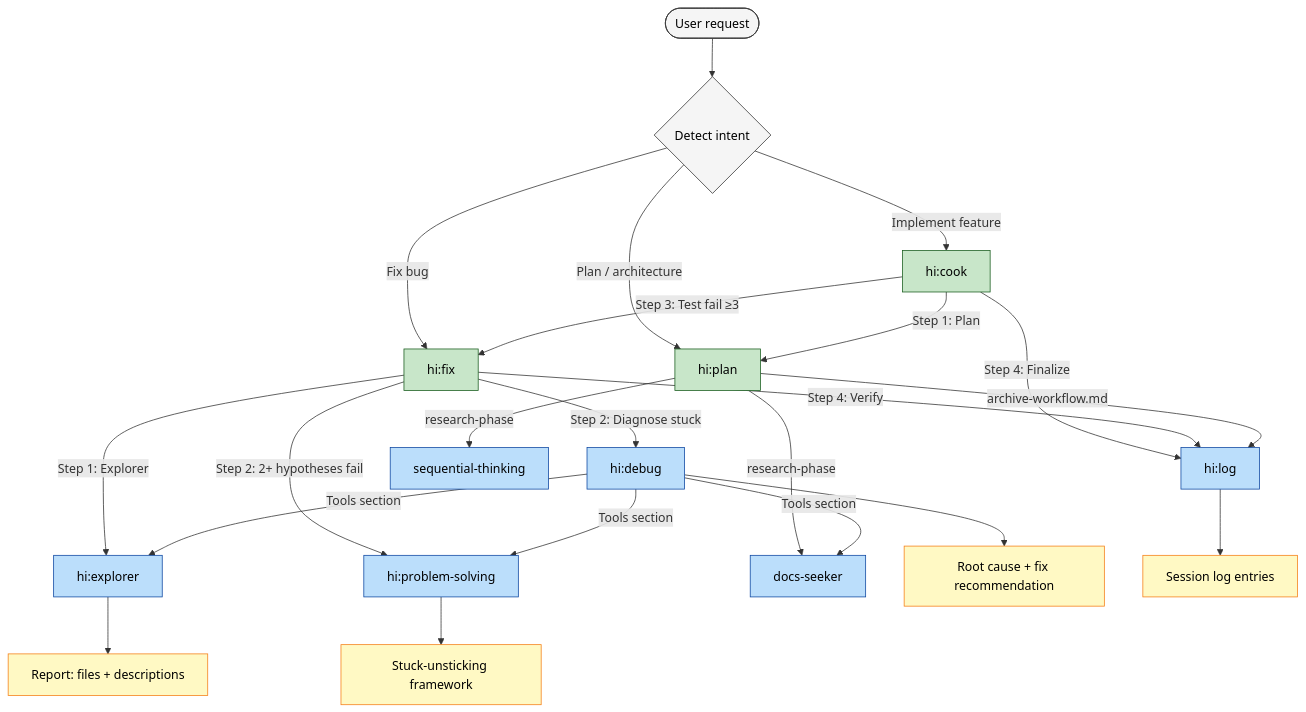
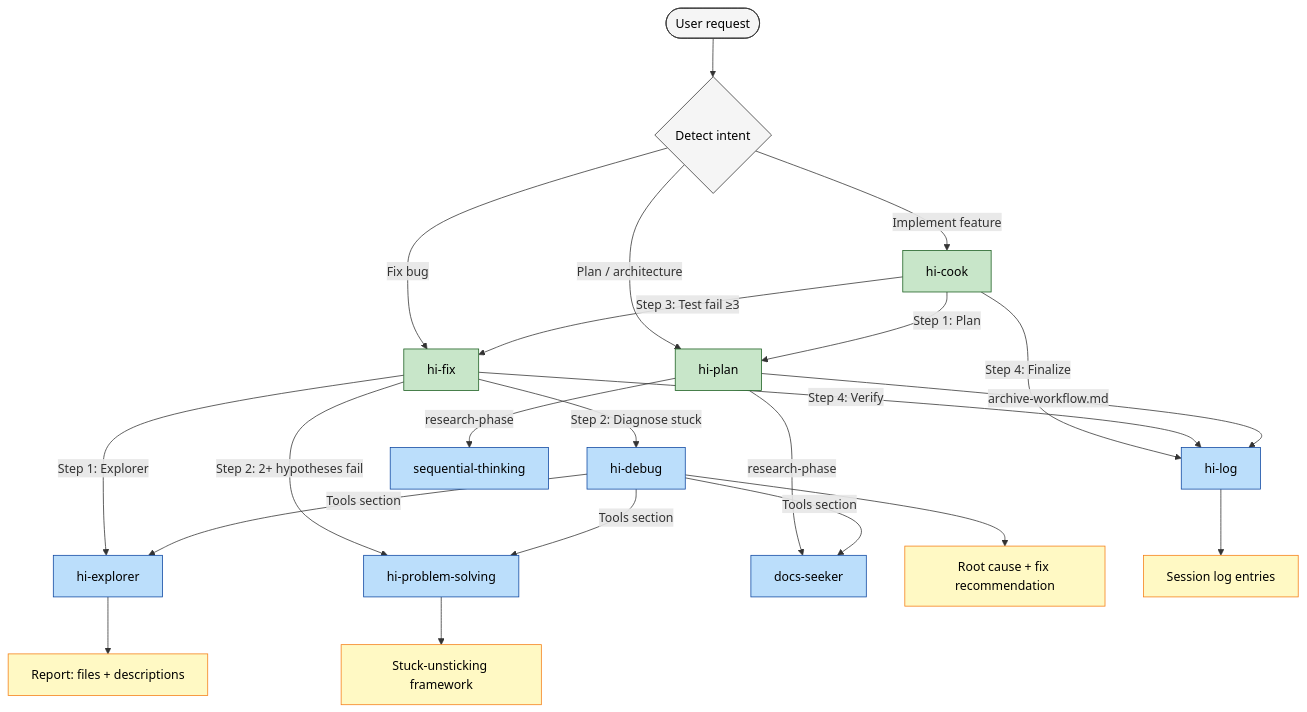
One commit to baka3k/dev-kit changed the seventh of 7 diagrams in README.md. Above: the diagram before and after it, drawn with Mermaid. The commit also changed other lines of this file and 26 other files, not shown here.

````diff
--- a/README.md
+++ b/README.md
@@ -466,41 +466,41 @@
 ```mermaid
 graph TD
     User([User request]) --> Detect{Detect intent}
 
-    Detect -->|Implement feature| Cook[hi:cook]
-    Detect -->|Fix bug| Fix[hi:fix]
-    Detect -->|Plan / architecture| Plan[hi:plan]
+    Detect -->|Implement feature| Cook[hi-cook]
+    Detect -->|Fix bug| Fix[hi-fix]
+    Detect -->|Plan / architecture| Plan[hi-plan]
 
     Cook -->|Step 1: Plan| Plan
     Cook -->|Step 3: Test fail ≥3| Fix
-    Cook -->|Step 4: Finalize| Log[hi:log]
+    Cook -->|Step 4: Finalize| Log[hi-log]
 
-    Fix -->|Step 1: Explorer| explorer[hi:explorer]
-    Fix -->|Step 2: Diagnose stuck| Debug[hi:debug]
-    Fix -->|Step 2: 2+ hypotheses fail| PS[hi:problem-solving]
+    Fix -->|Step 1: Explorer| explorer[hi-explorer]
+    Fix -->|Step 2: Diagnose stuck| Debug[hi-debug]
+    Fix -->|Step 2: 2+ hypotheses fail| PS[hi-problem-solving]
     Fix -->|Step 4: Verify| Log
 
     Plan -->|research-phase| ST[sequential-thinking]
     Plan -->|research-phase| Docs[docs-seeker]
     Plan -->|archive-workflow.md| Log
 
     Debug -->|Tools section| explorer
     Debug -->|Tools section| Docs
     Debug -->|Tools section| PS
 
     explorer --> Output[Report: files + descriptions]
     Debug --> Output2[Root cause + fix recommendation]
     PS --> Output3[Stuck-unsticking framework]
     Log --> Output4[Session log entries]
 
     classDef primary fill:#c8e6c9,stroke:#1b5e20,color:#000
     classDef linked fill:#bbdefb,stroke:#0d47a1,color:#000
     classDef leaf fill:#fff9c4,stroke:#f57f17,color:#000
     classDef endnode fill:#f5f5f5,stroke:#333,color:#000
 
     class Cook,Fix,Plan primary
     class explorer,Debug,Log,ST,Docs,PS linked
     class Output,Output2,Output3,Output4 leaf
     class User,Detect endnode
 
 ```
````
